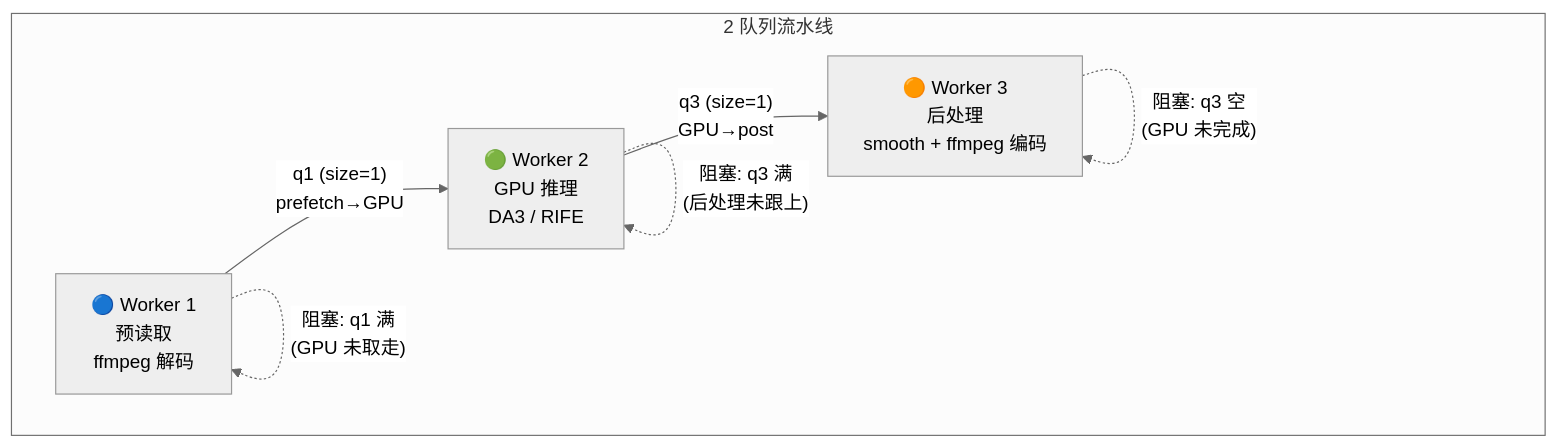
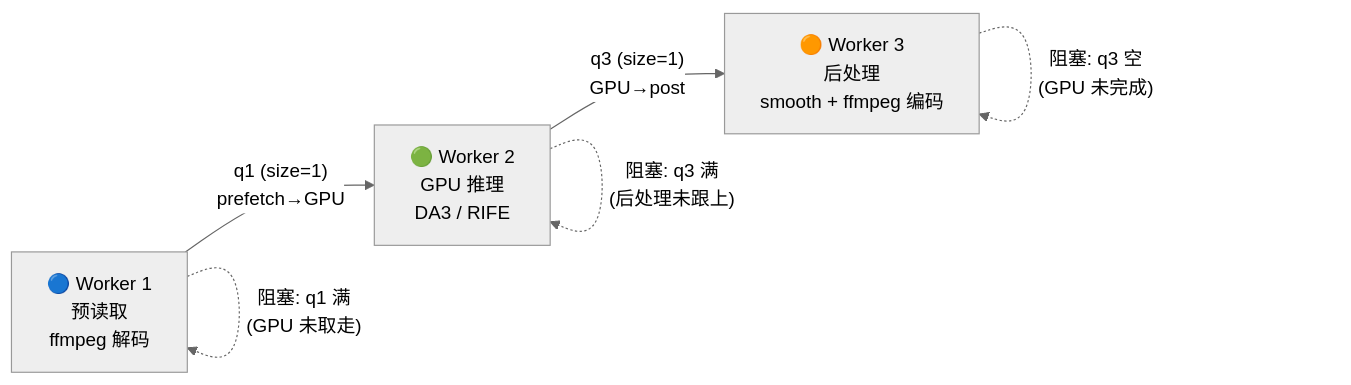
One commit to Koorye/RoboCOIN-with-Depth changed the second of 2 diagrams in README.md. Above: the diagram before and after it, drawn with Mermaid (neutral theme).

````diff
--- a/README.md
+++ b/README.md
@@ -30,11 +30,9 @@
 ```mermaid
-flowchart TB
-    subgraph Pipeline["2 队列流水线"]
+flowchart LR
         P["🔵 Worker 1<br/>预读取<br/>ffmpeg 解码"] -->|"q1 (size=1)<br/>prefetch→GPU"| G["🟢 Worker 2<br/>GPU 推理<br/>DA3 / RIFE"]
         G -->|"q3 (size=1)<br/>GPU→post"| F["🟠 Worker 3<br/>后处理<br/>smooth + ffmpeg 编码"]
-    end
 
     P -.->|"阻塞: q1 满<br/>(GPU 未取走)"| P
     G -.->|"阻塞: q3 满<br/>(后处理未跟上)"| G
     F -.->|"阻塞: q3 空<br/>(GPU 未完成)"| F
 ```
````
